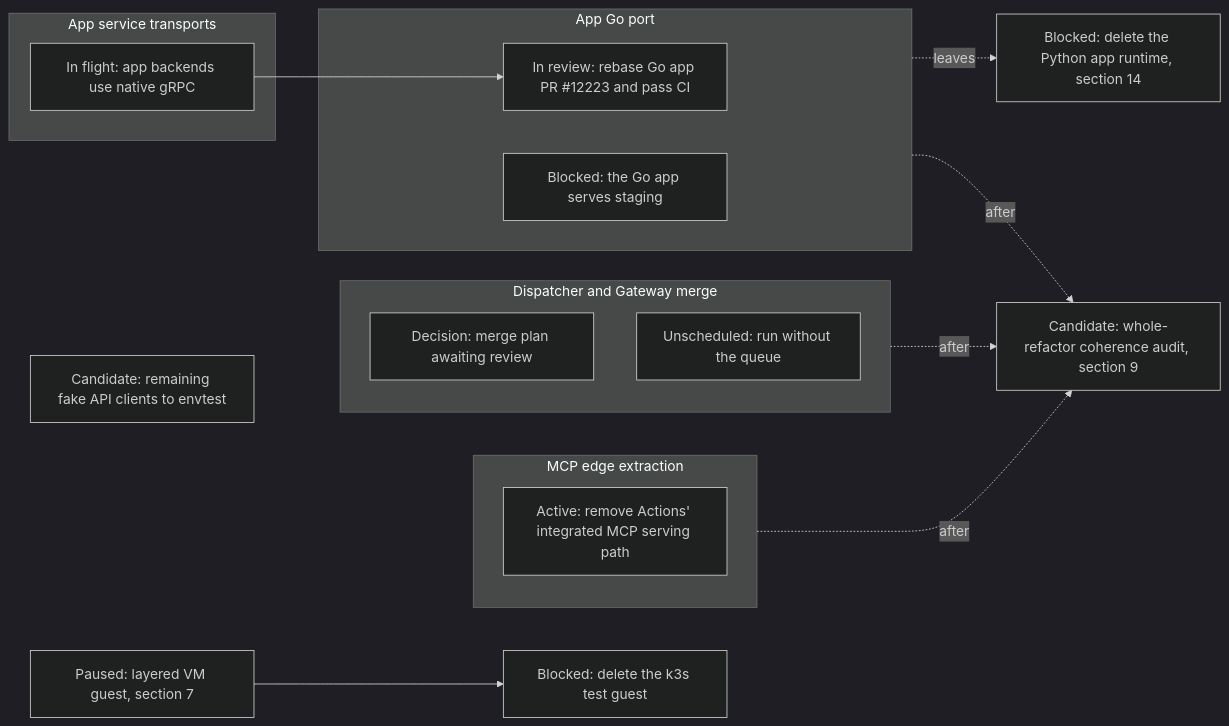
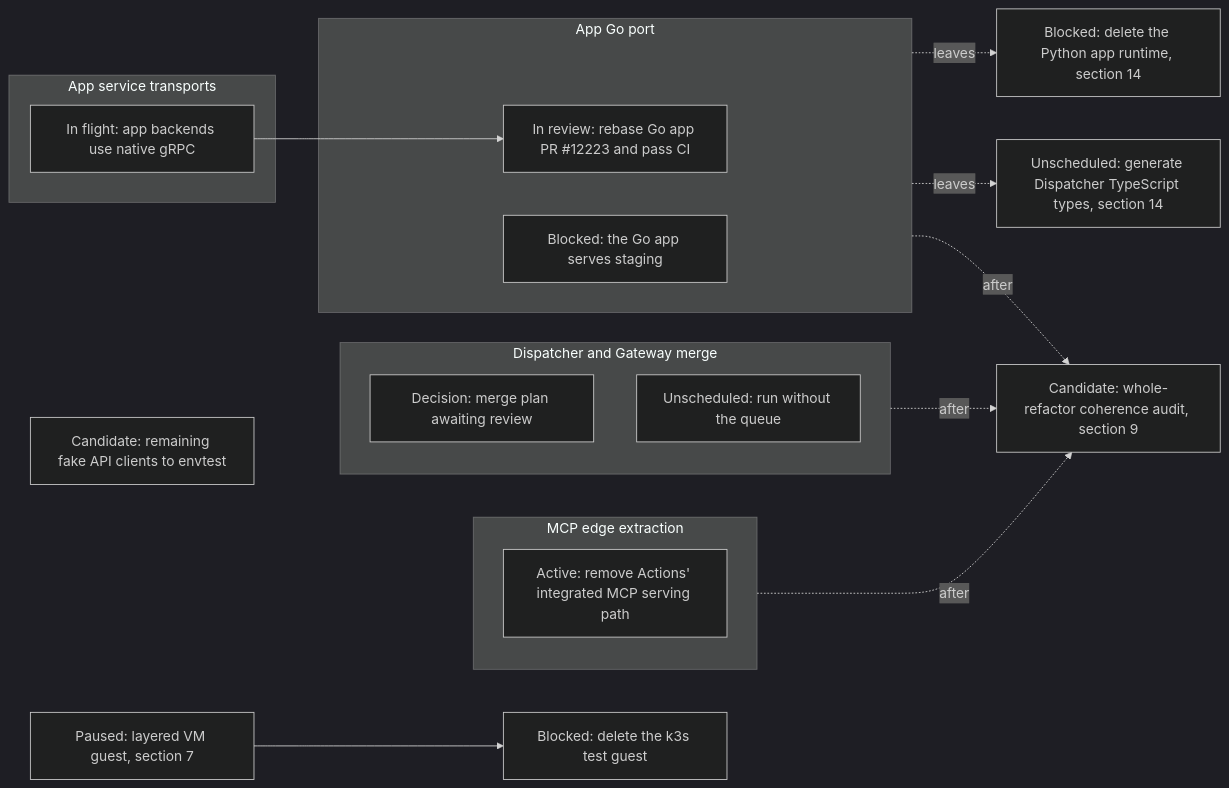
Before and after one commit to agentydragon-agent/ducktape: the first of 19 diagrams in agentplane/plans/task_dag.md, drawn with Mermaid (dark theme). The commit also changed other lines of this file, not shown here.

Commit message:
Track app Dispatcher types and Go test follow-ups

````diff
--- a/agentplane/plans/task_dag.md
+++ b/agentplane/plans/task_dag.md
@@ -32,24 +32,25 @@
 ```mermaid
 flowchart LR
     subgraph ACTION_TRACK[MCP edge extraction]
         ACTION_MCP_EDGE_SPLIT[Active: remove Actions' integrated MCP serving path]
     end
     subgraph DISPATCH_TRACK[Dispatcher and Gateway merge]
         DISPATCHER_PERSISTENCE_MODEL_DESIGN[Decision: merge plan awaiting review]
         DISPATCHER_QUEUE_OPTIONAL[Unscheduled: run without the queue]
     end
     subgraph APP_TRANSPORT_TRACK[App service transports]
         APP_HTTP_GRPC_BOUNDARY[In flight: app backends use native gRPC]
     end
     subgraph APP_GO_TRACK[App Go port]
         APP_GO_PORT_CATCHUP[In review: rebase Go app PR #12223 and pass CI]
         APP_GO_CUTOVER[Blocked: the Go app serves staging]
     end
     APP_HTTP_GRPC_BOUNDARY --> APP_GO_PORT_CATCHUP
     APP_GO_TRACK -. leaves .-> APP_PYTHON_RETIRE[Blocked: delete the Python app runtime, section 14]
+    APP_GO_TRACK -. leaves .-> APP_DISPATCHER_TS_TYPES[Unscheduled: generate Dispatcher TypeScript types, section 14]
     FAKE_CLIENTS_TO_ENVTEST[Candidate: remaining fake API clients to envtest]
     RUNNER_LAYERING_VM[Paused: layered VM guest, section 7] --> K3S_TEST_GUEST_RETIRE[Blocked: delete the k3s test guest]
     ACTION_TRACK -. after .-> REFACTOR_COHERENCE_AUDIT[Candidate: whole-refactor coherence audit, section 9]
     DISPATCH_TRACK -. after .-> REFACTOR_COHERENCE_AUDIT
     APP_GO_TRACK -. after .-> REFACTOR_COHERENCE_AUDIT
 ```
````
